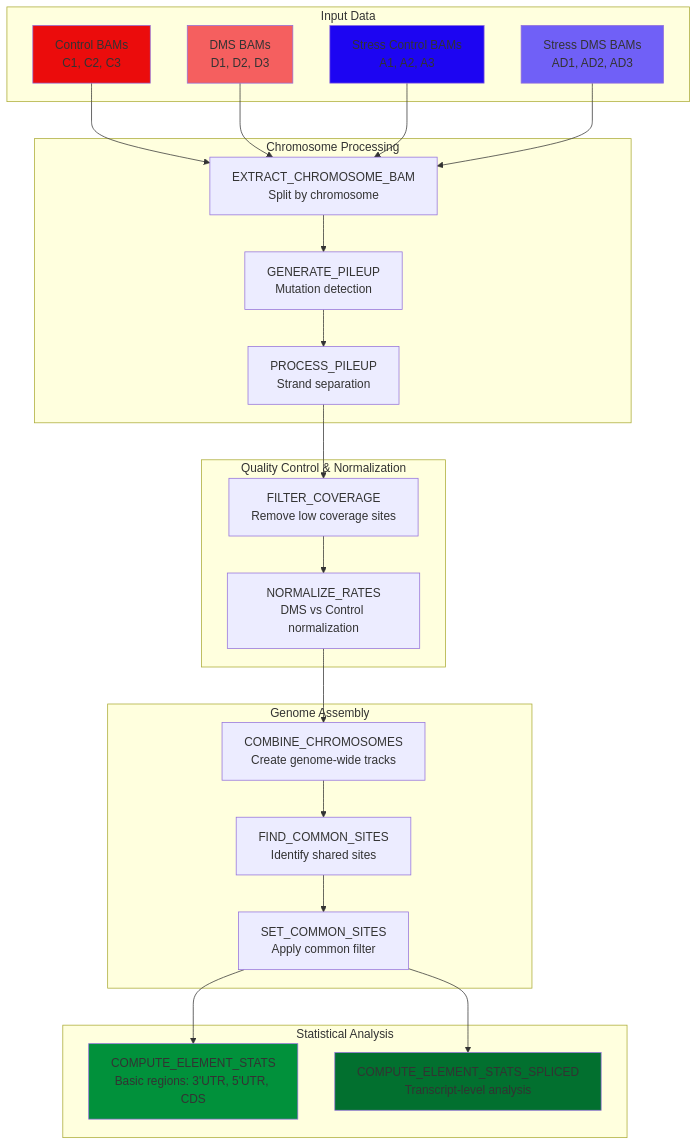
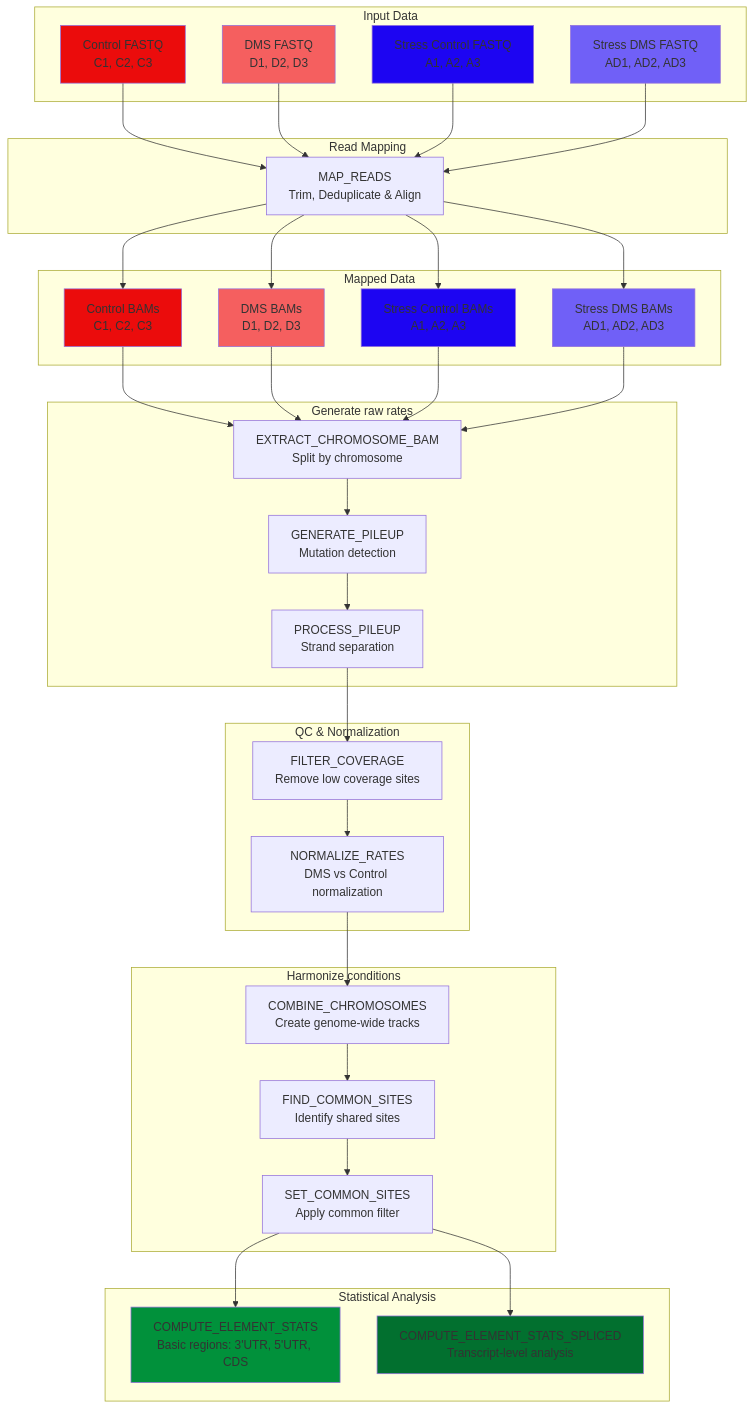
One commit to t-whitfield/TRAM-seq changed the diagram in README.md. Above: the diagram before and after it, drawn with Mermaid. The commit also changed other lines of this file, not shown here.

````diff
--- a/README.md
+++ b/README.md
@@ -16,49 +18,66 @@
 ```mermaid
 flowchart TD
     subgraph "Input Data"
+        F1[Control FASTQ<br/>C1, C2, C3]
+        F2[DMS FASTQ<br/>D1, D2, D3]
+        F3[Stress Control FASTQ<br/>A1, A2, A3]
+        F4[Stress DMS FASTQ<br/>AD1, AD2, AD3]
+    end
+    
+    subgraph "Read Mapping"
+        M[MAP_READS<br/>Trim, Deduplicate & Align]
+    end
+
+    subgraph "Mapped Data"
         A1[Control BAMs<br/>C1, C2, C3]
         A2[DMS BAMs<br/>D1, D2, D3]
         A3[Stress Control BAMs<br/>A1, A2, A3]
         A4[Stress DMS BAMs<br/>AD1, AD2, AD3]
     end
     
-    subgraph "Chromosome Processing"
+    subgraph "Generate raw rates"
         B[EXTRACT_CHROMOSOME_BAM<br/>Split by chromosome]
         C[GENERATE_PILEUP<br/>Mutation detection]
         D[PROCESS_PILEUP<br/>Strand separation]
     end
     
-    subgraph "Quality Control & Normalization"
+    subgraph "QC & Normalization"
         E[FILTER_COVERAGE<br/>Remove low coverage sites]
         F[NORMALIZE_RATES<br/>DMS vs Control normalization]
     end
     
-    subgraph "Genome Assembly"
+    subgraph "Harmonize conditions"
         G[COMBINE_CHROMOSOMES<br/>Create genome-wide tracks]
         H[FIND_COMMON_SITES<br/>Identify shared sites]
         I[SET_COMMON_SITES<br/>Apply common filter]
     end
     
     subgraph "Statistical Analysis"
         J[COMPUTE_ELEMENT_STATS<br/>Basic regions: 3'UTR, 5'UTR, CDS]
         K[COMPUTE_ELEMENT_STATS_SPLICED<br/>Transcript-level analysis]
     end
-    
+
+    F1 & F2 & F3 & F4 --> M
+    M --> A1 & A2 & A3 & A4
     A1 & A2 & A3 & A4 --> B
     B --> C
     C --> D
     D --> E
     E --> F
     F --> G
     G --> H
     H --> I
     I --> J
     I --> K
 
+    style F1 fill:#EB0C0C
+    style F2 fill:#F55F5F
+    style F3 fill:#1D05F2
+    style F4 fill:#7060F7
     style A1 fill:#EB0C0C
     style A2 fill:#F55F5F
     style A3 fill:#1D05F2
     style A4 fill:#7060F7
     style J fill:#01913B
     style K fill:#02702F
 ```
````
